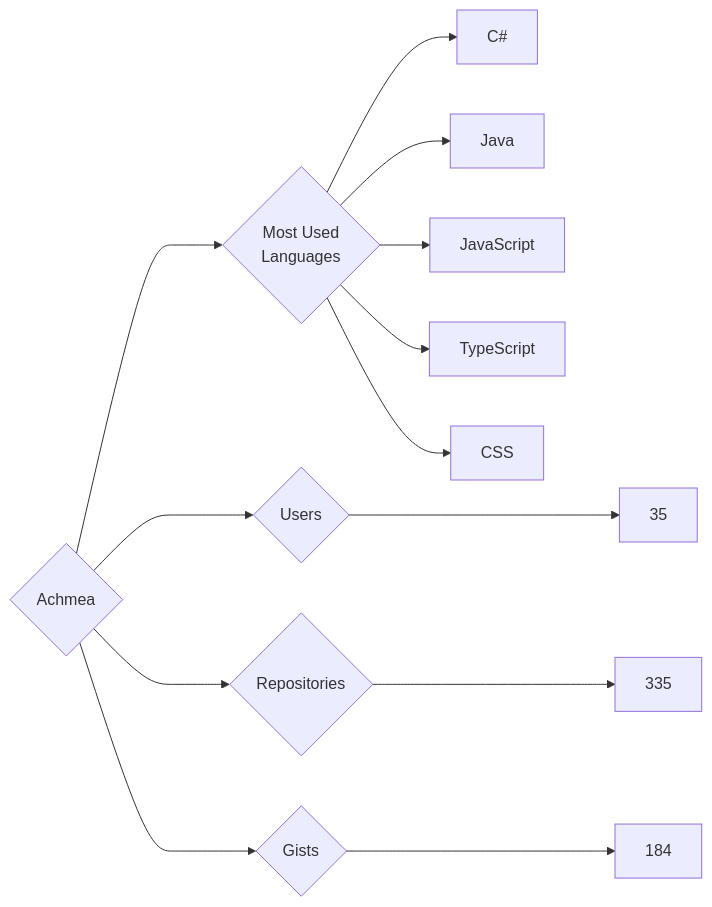
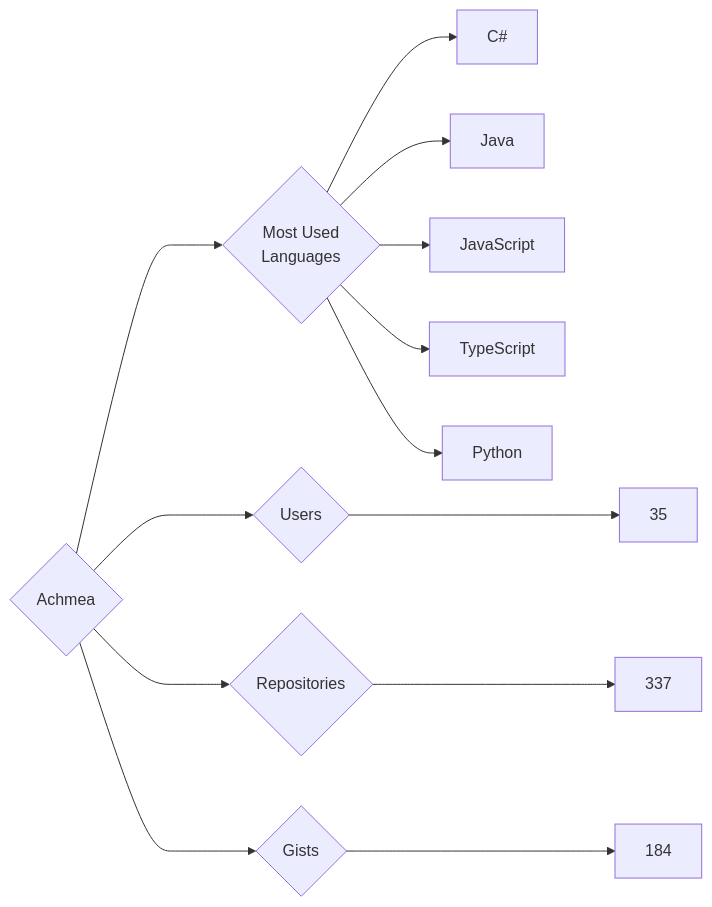
One commit to trickest/insiders changed the diagram in targets/Achmea/README.md. Above: the diagram before and after it, drawn with Mermaid. The commit also changed 873 other files, not shown here.

````diff
--- a/targets/Achmea/README.md
+++ b/targets/Achmea/README.md
@@ -3,13 +3,13 @@
 ```mermaid
 graph LR
 COMPANY_NAME{Achmea}
 COMPANY_NAME ---> U{Users} ---> UN[35]
-COMPANY_NAME ---> R{Repositories} ---> RN[335]
+COMPANY_NAME ---> R{Repositories} ---> RN[337]
 COMPANY_NAME ---> G{Gists} ---> GN[184]
 COMPANY_NAME ---> ML{Most Used<br>Languages}
 ML --> C#[C#]
 ML --> Java[Java]
 ML --> JavaScript[JavaScript]
 ML --> TypeScript[TypeScript]
-ML --> CSS[CSS]
+ML --> Python[Python]
 ```
````
